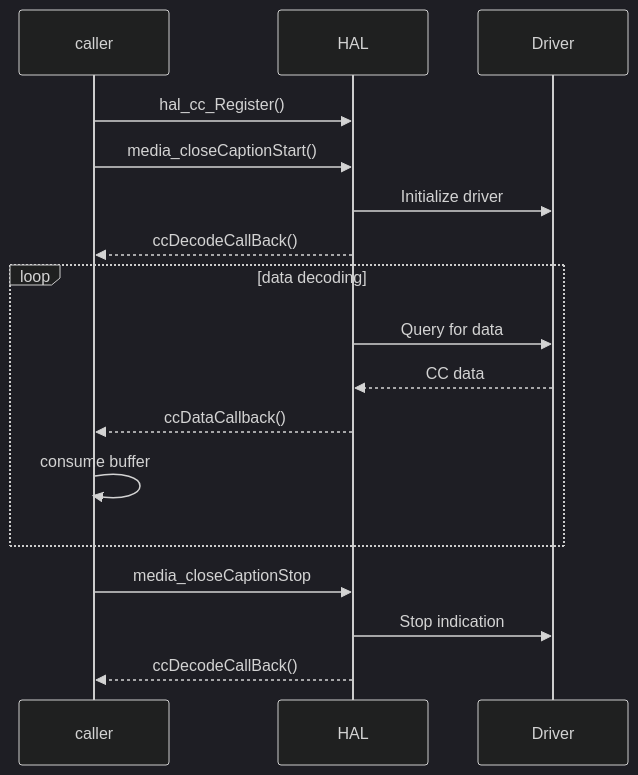
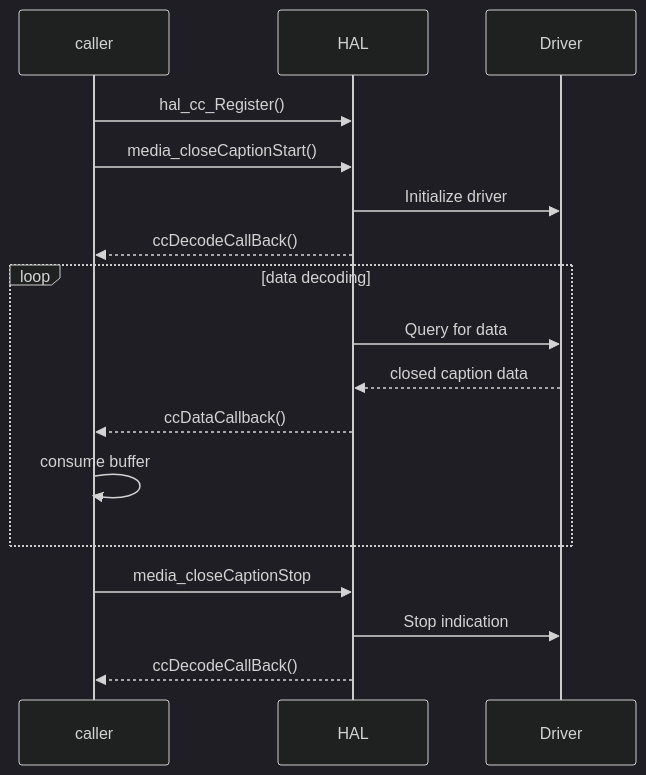
The second of 3 diagrams in docs/pages/halSpec.md (rdkcentral/rdk-halif-closed_captions), drawn with Mermaid (dark theme) before and after one commit. The commit also changed other lines of this file, not shown here.

First line of the commit message:
Update halSpec.md

````diff
--- a/docs/pages/halSpec.md
+++ b/docs/pages/halSpec.md
@@ -165,19 +163,19 @@
 ```mermaid
    sequenceDiagram
     participant caller
     participant HAL
     participant Driver
     caller->>HAL: hal_cc_Register()
     caller->>HAL:media_closeCaptionStart()
     HAL->>Driver:Initialize driver
     HAL-->> caller : ccDecodeCallBack()
     loop data decoding
         HAL->>Driver : Query for data
-        Driver-->>HAL : CC data
+        Driver-->>HAL : closed caption data
         HAL-->>caller: ccDataCallback()
         caller->>caller:consume buffer
     end
     caller->>HAL: media_closeCaptionStop
     HAL->>Driver: Stop indication
     HAL-->>caller: ccDecodeCallBack()
  ```
````
